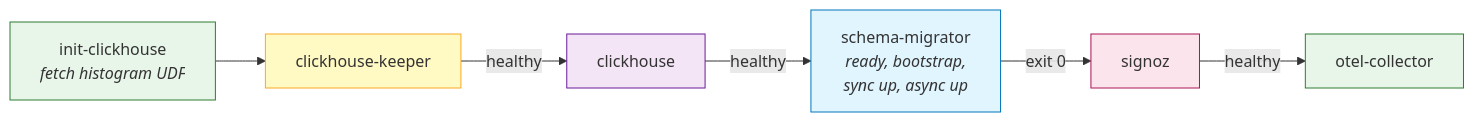
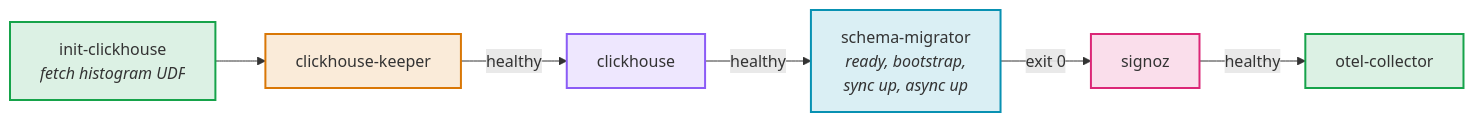
The second of 2 diagrams in README.md (thaithienvanid/signoz-clickhouse-keeper), drawn with Mermaid before and after one commit. The commit also changed other lines of this file and 1 other file, not shown here.

````diff
--- a/README.md
+++ b/README.md
@@ -112,15 +121,20 @@
 ```mermaid
 graph LR
     A["init-clickhouse<br/><i>fetch histogram UDF</i>"] --> B["clickhouse-keeper"]
     B -->|healthy| C["clickhouse"]
     C -->|healthy| D["schema-migrator<br/><i>ready, bootstrap,<br/>sync up, async up</i>"]
     D -->|exit 0| E["signoz"]
     E -->|healthy| F["otel-collector"]
 
-    style A fill:#e8f5e9,stroke:#2e7d32
-    style B fill:#fff9c4,stroke:#f9a825
-    style C fill:#f3e5f5,stroke:#6a1b9a
-    style D fill:#e1f5fe,stroke:#0277bd
-    style E fill:#fce4ec,stroke:#ad1457
-    style F fill:#e8f5e9,stroke:#2e7d32
+    classDef ingest fill:#16a34a26,stroke:#16a34a,stroke-width:2px
+    classDef coord fill:#d9770626,stroke:#d97706,stroke-width:2px
+    classDef storage fill:#8b5cf626,stroke:#8b5cf6,stroke-width:2px
+    classDef migrate fill:#0891b226,stroke:#0891b2,stroke-width:2px
+    classDef query fill:#db277726,stroke:#db2777,stroke-width:2px
+
+    class A,F ingest
+    class B coord
+    class C storage
+    class D migrate
+    class E query
 ```
````
